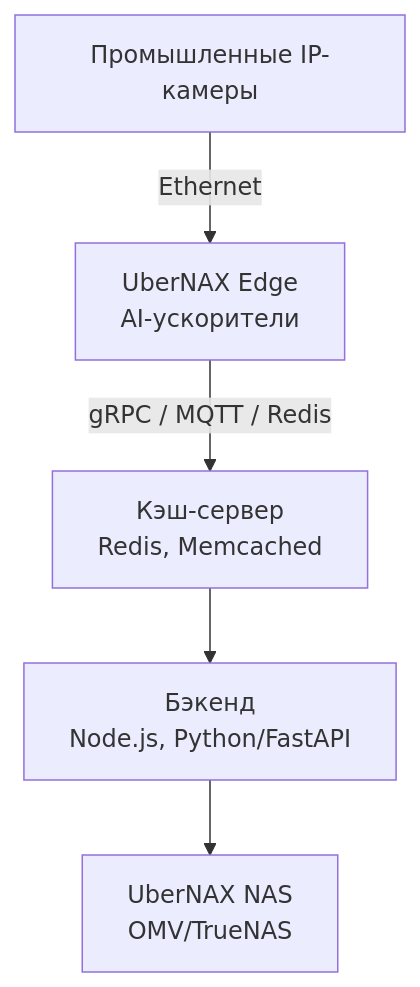
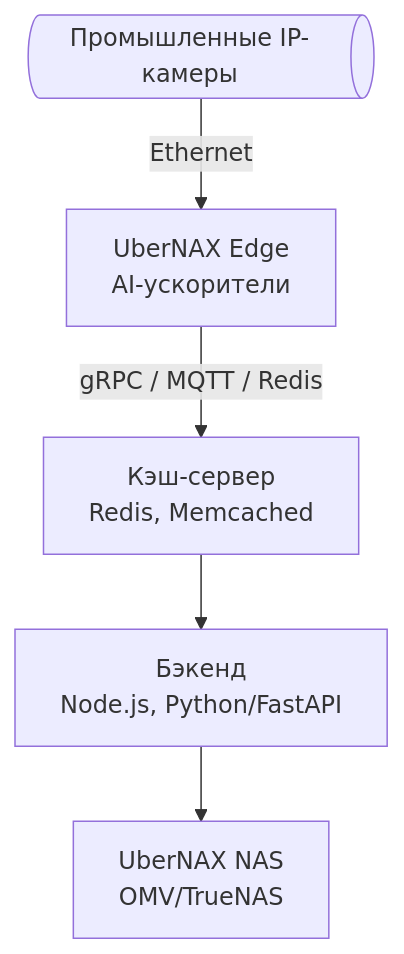
One commit to sdyspb/UberNAX changed the second of 2 diagrams in README.md. Above: the diagram before and after it, drawn with Mermaid.

````diff
--- a/README.md
+++ b/README.md
@@ -138,13 +138,15 @@
 ``` mermaid
 flowchart TD
     Cameras[Промышленные IP-камеры]
     Edge[UberNAX Edge<br>AI-ускорители]
     Cache[Кэш-сервер<br>Redis, Memcached]
     Backend[Бэкенд<br>Node.js, Python/FastAPI]
     Storage[UberNAX NAS<br>OMV/TrueNAS]
 
     Cameras -- Ethernet --> Edge
     Edge -- gRPC / MQTT / Redis --> Cache
     Cache --> Backend
     Backend --> Storage
+
+    Cameras@{ shape: h-cyl}
 ```
````
